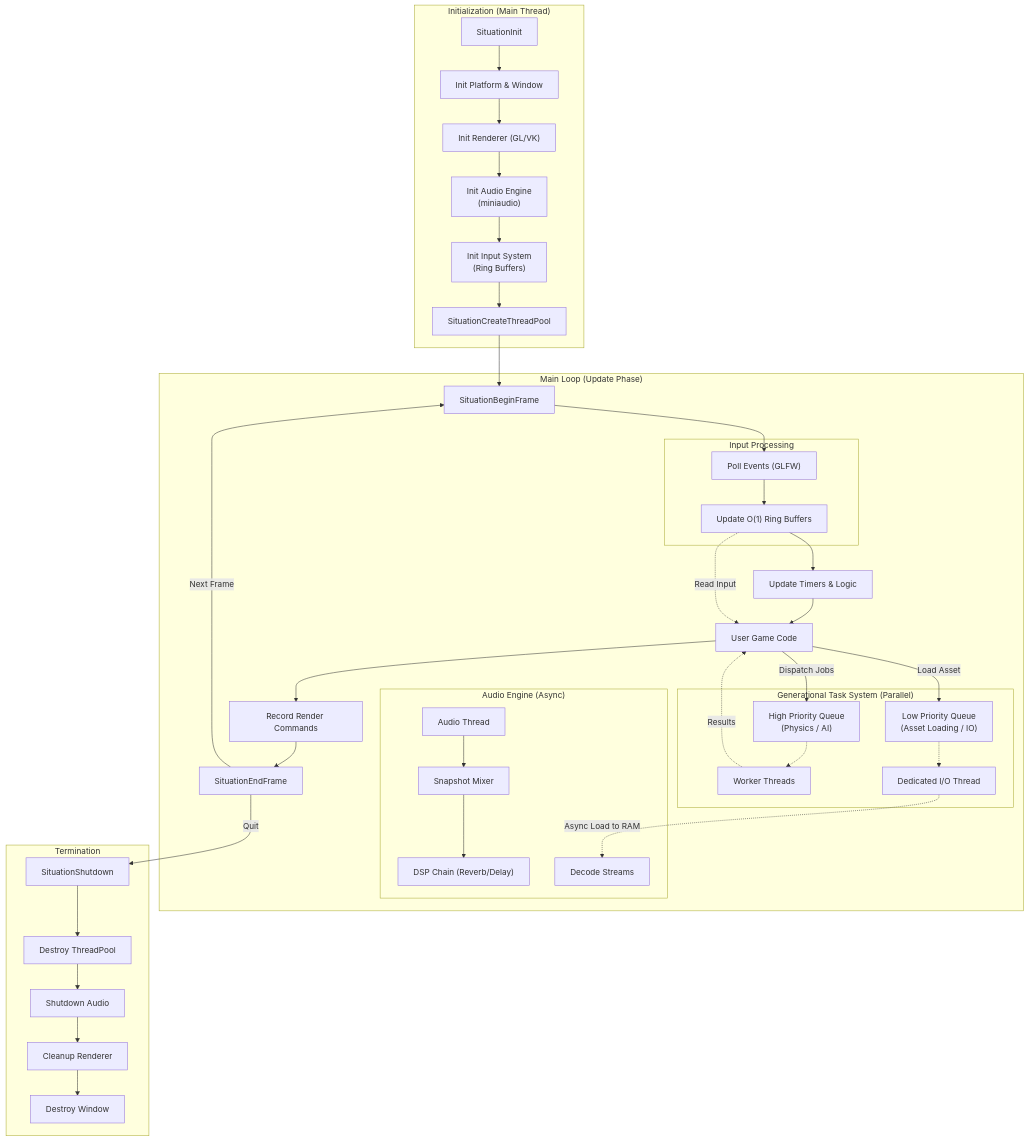
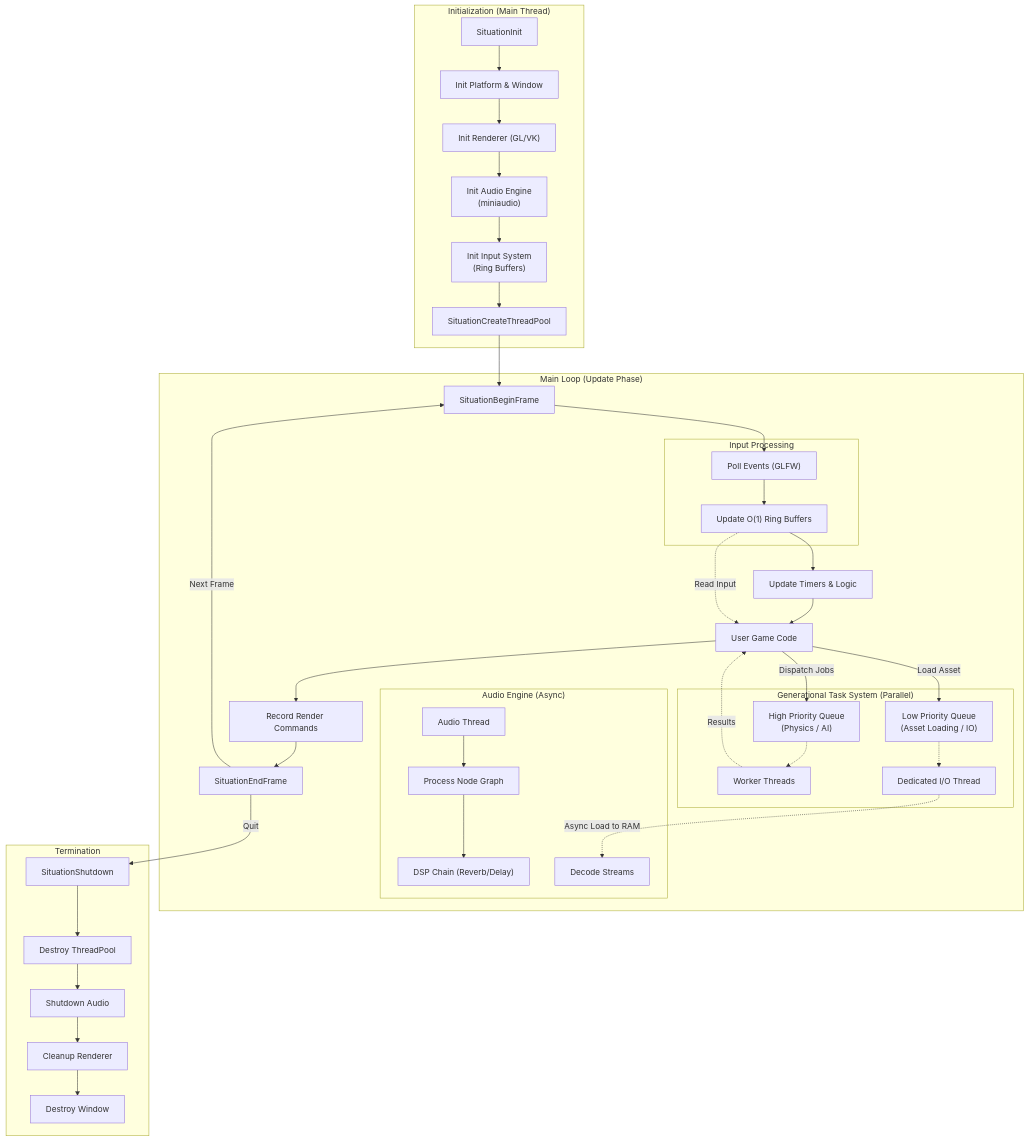
One commit to jmorel33/situation changed the first of 4 diagrams in README.md. Above: the diagram before and after it, drawn with Mermaid. The commit also changed other lines of this file, not shown here.

First line of the commit message:
docs(readme): update mermaid diagrams to reflect latest architecture

````diff
--- a/README.md
+++ b/README.md
@@ -200,69 +200,69 @@
 ```mermaid
 graph TD
     %% Main Lifecycle
     subgraph Init ["Initialization (Main Thread)"]
         I1["SituationInit"]
         I2["Init Platform & Window"]
         I3["Init Renderer (GL/VK)"]
         I4["Init Audio Engine<br/>(miniaudio)"]
         I5["Init Input System<br/>(Ring Buffers)"]
         I6["SituationCreateThreadPool"]
     end
 
     subgraph Loop ["Main Loop (Update Phase)"]
         L1["SituationBeginFrame"]
 
         subgraph Input ["Input Processing"]
             IN1["Poll Events (GLFW)"]
             IN2["Update O(1) Ring Buffers"]
         end
 
         subgraph TaskSystem ["Generational Task System (Parallel)"]
             TS1["High Priority Queue<br/>(Physics / AI)"]
             TS2["Low Priority Queue<br/>(Asset Loading / IO)"]
             TS_W["Worker Threads"]
             TS_IO["Dedicated I/O Thread"]
 
             TS1 -.-> TS_W
             TS2 -.-> TS_IO
         end
 
         subgraph Audio ["Audio Engine (Async)"]
             AU1["Audio Thread"]
-            AU2["Snapshot Mixer"]
+            AU2["Process Node Graph"]
             AU3["DSP Chain (Reverb/Delay)"]
             AU4["Decode Streams"]
 
             AU1 --> AU2 --> AU3
             TS_IO -. "Async Load to RAM" .-> AU4
         end
 
         L2["Update Timers & Logic"]
         L3["User Game Code"]
         L4["Record Render Commands"]
         L5["SituationEndFrame"]
     end
 
     subgraph Exit ["Termination"]
         E1["SituationShutdown"]
         E2["Destroy ThreadPool"]
         E3["Shutdown Audio"]
         E4["Cleanup Renderer"]
         E5["Destroy Window"]
     end
 
     %% Flow Connections
     I1 --> I2 --> I3 --> I4 --> I5 --> I6 --> L1
     L1 --> IN1 --> IN2 --> L2
     L2 --> L3
     L3 -- "Dispatch Jobs" --> TS1
     L3 -- "Load Asset" --> TS2
     L3 --> L4 --> L5
     L5 -- "Next Frame" --> L1
     L5 -- "Quit" --> E1
     E1 --> E2 --> E3 --> E4 --> E5
 
     %% Data Dependencies
     IN2 -. "Read Input" .-> L3
     TS_W -. "Results" .-> L3
 ```
````
